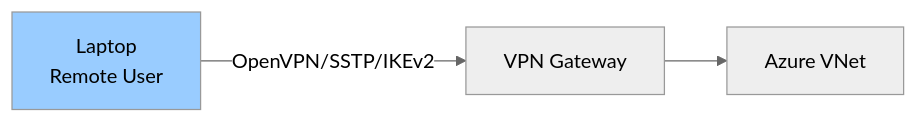
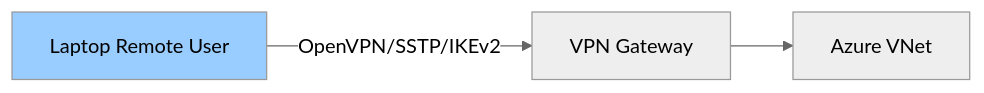
The third of 7 diagrams in Microsoft 365/Azure/Netzwerk/Azure VPN Gateway.md (SoniiiT/notes-n-docs), drawn with Mermaid (neutral theme) before and after one commit. The commit also changed other lines of this file and 124 other files, not shown here.

First line of the commit message:
fix: Entferne \n aus allen Mermaid-Diagrammen (125 Dateien)

````diff
--- a/Microsoft 365/Azure/Netzwerk/Azure VPN Gateway.md
+++ b/Microsoft 365/Azure/Netzwerk/Azure VPN Gateway.md
@@ -139,7 +139,7 @@
 ```mermaid
 graph LR
-    LAPTOP[Laptop\nRemote User] -->|OpenVPN/SSTP/IKEv2| VGW[VPN Gateway]
+    LAPTOP[Laptop Remote User] -->|OpenVPN/SSTP/IKEv2| VGW[VPN Gateway]
     VGW --> VNET[Azure VNet]
     
     style LAPTOP fill:#99ccff
 ```
````
